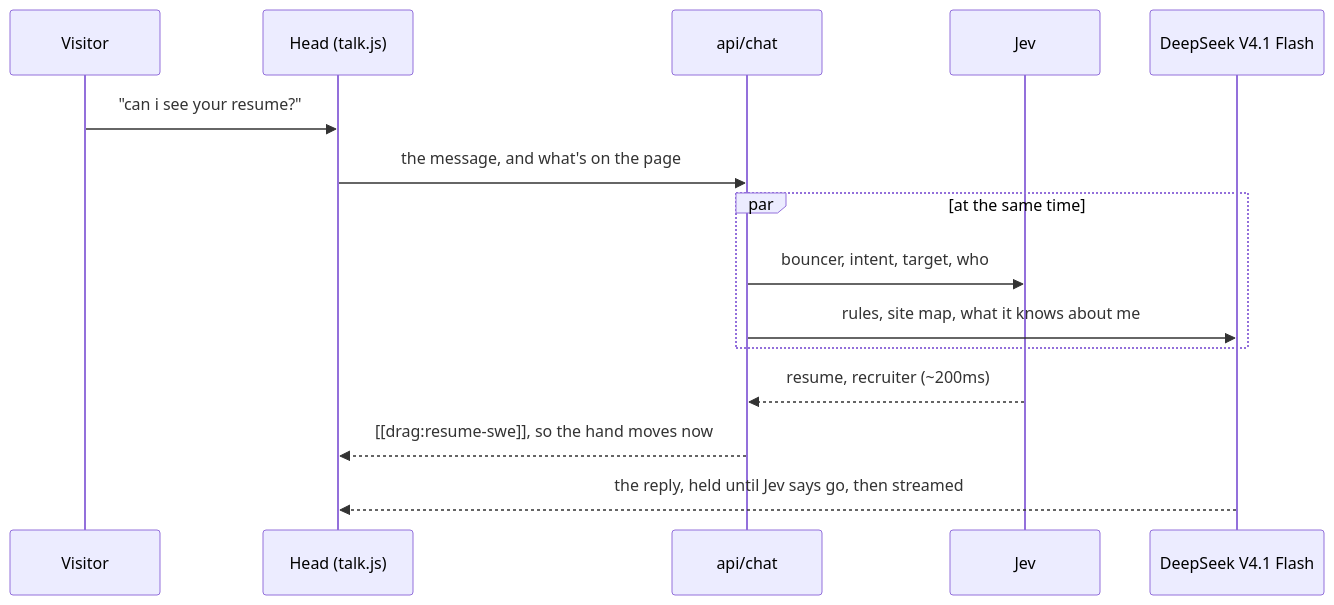
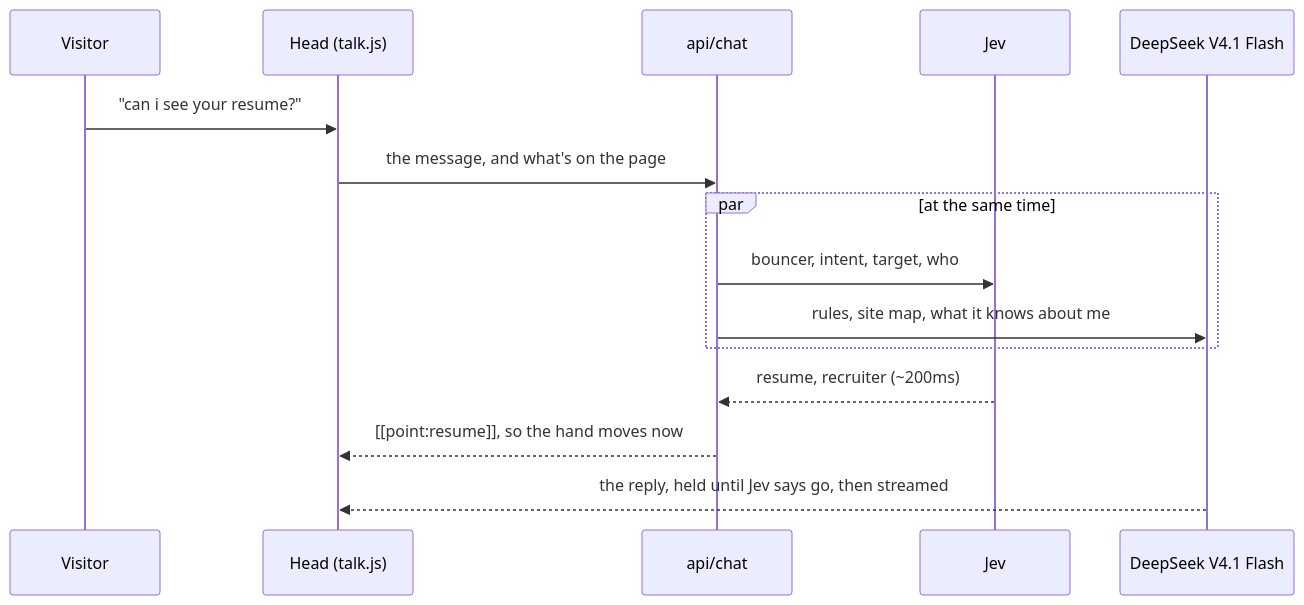
The first of 4 diagrams in README.md (dahan8473/dahan8473.github.io), drawn with Mermaid before and after one commit. The commit also changed 31 other files, not shown here.

````diff
--- a/README.md
+++ b/README.md
@@ -57,17 +57,17 @@
 ```mermaid
 sequenceDiagram
   participant V as Visitor
   participant H as Head (talk.js)
   participant C as api/chat
   participant J as Jev
   participant G as DeepSeek V4.1 Flash
   V->>H: "can i see your resume?"
   H->>C: the message, and what's on the page
   par at the same time
     C->>J: bouncer, intent, target, who
     C->>G: rules, site map, what it knows about me
   end
   J-->>C: resume, recruiter (~200ms)
-  C-->>H: [[drag:resume-swe]], so the hand moves now
+  C-->>H: [[point:resume]], so the hand moves now
   G-->>H: the reply, held until Jev says go, then streamed
 ```
````
